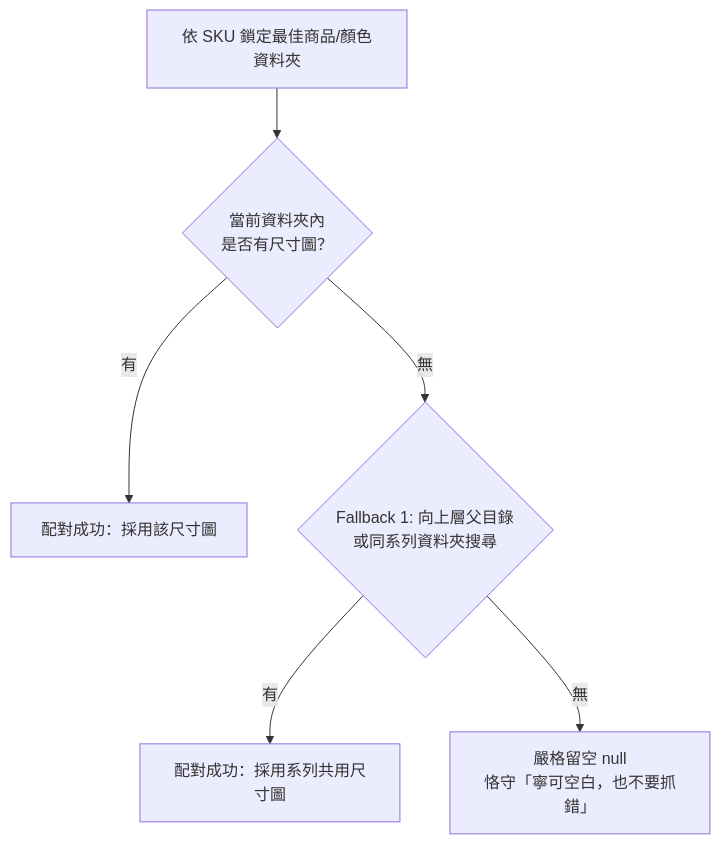
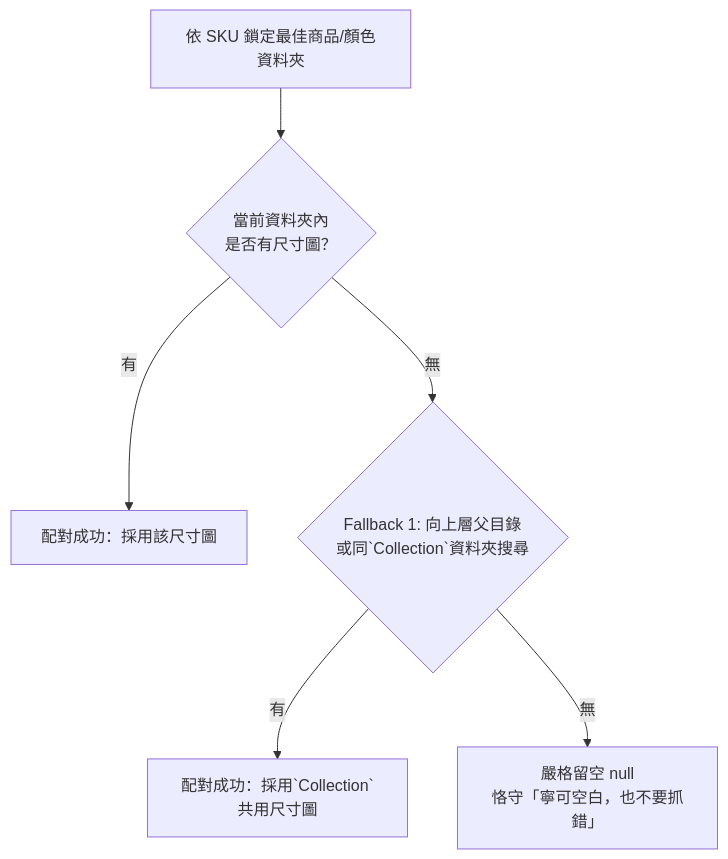
The diagram in 產品技術細節流程說明.md (enkaichang/coupang_excel_generator), drawn with Mermaid before and after one commit. The commit also changed other lines of this file and 14 other files, not shown here.

````diff
--- a/產品技術細節流程說明.md
+++ b/產品技術細節流程說明.md
@@ -200,8 +199,8 @@
 ```mermaid
 flowchart TD
     A[依 SKU 鎖定最佳商品/顏色資料夾] --> B{當前資料夾內<br/>是否有尺寸圖？}
     B -- 有 --> C[配對成功：採用該尺寸圖]
-    B -- 無 --> D{Fallback 1: 向上層父目錄<br/>或同系列資料夾搜尋}
-    D -- 有 --> E[配對成功：採用系列共用尺寸圖]
+    B -- 無 --> D{Fallback 1: 向上層父目錄<br/>或同`Collection`資料夾搜尋}
+    D -- 有 --> E[配對成功：採用`Collection`共用尺寸圖]
     D -- 無 --> F[嚴格留空 null<br/>恪守「寧可空白，也不要抓錯」]
 ```
````
